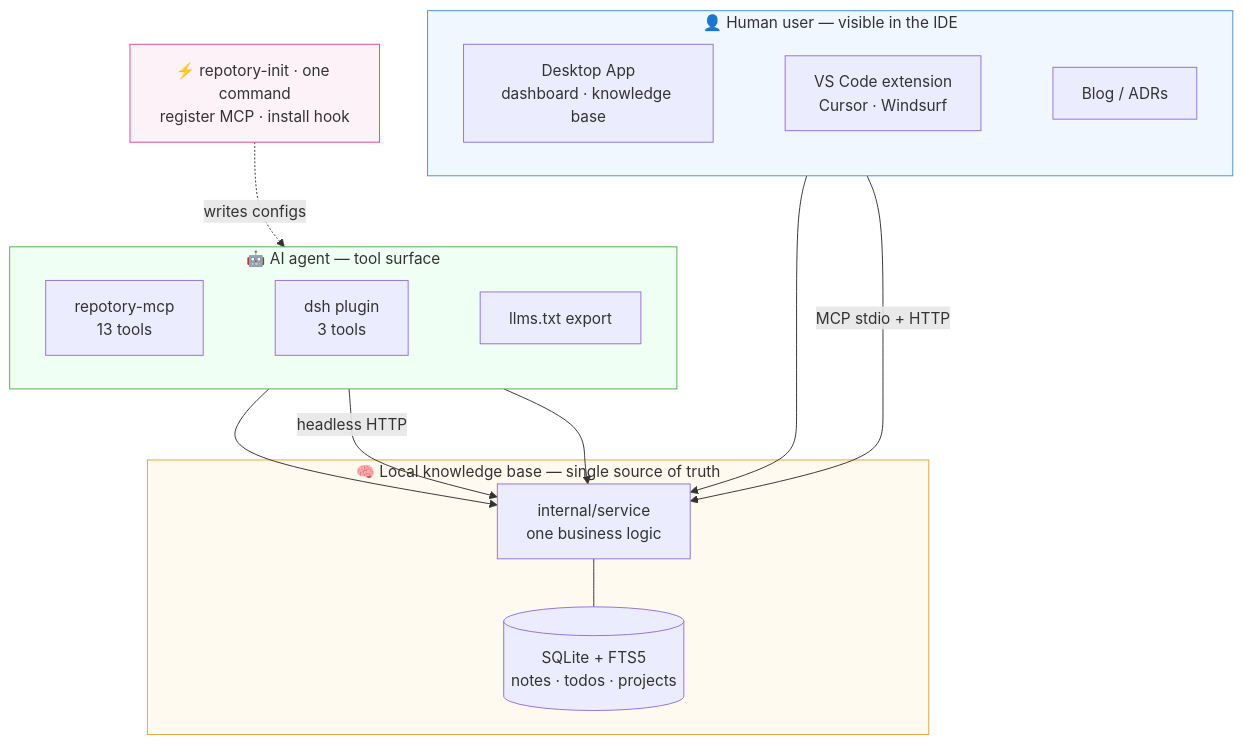
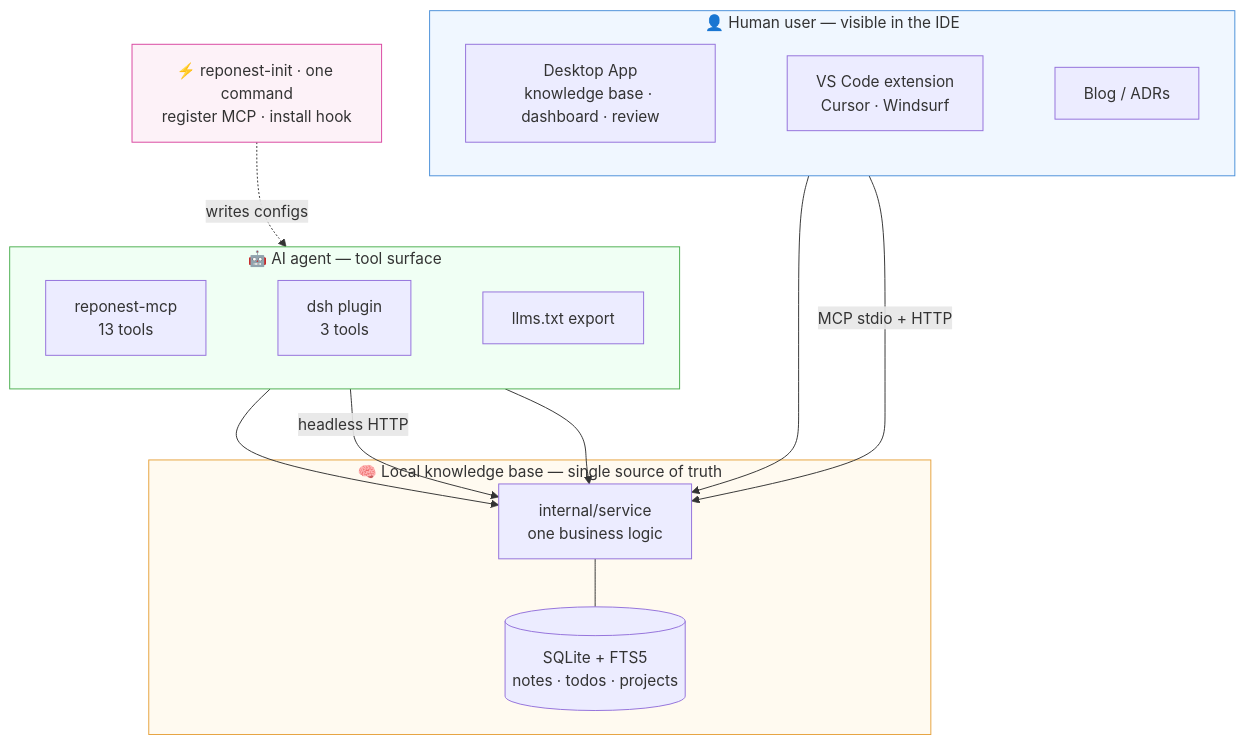
One commit to sky-jiangcheng/repo-nest changed the third of 3 diagrams in docs/en/index.md. Above: the diagram before and after it, drawn with Mermaid. The commit also changed other lines of this file and 11 other files, not shown here.

````diff
--- a/docs/en/index.md
+++ b/docs/en/index.md
@@ -70,37 +70,37 @@
 ```mermaid
 flowchart TB
     subgraph HUMAN["👤 Human user — visible in the IDE"]
         direction LR
-        DESKTOP["Desktop App<br/>dashboard · knowledge base"]
+        DESKTOP["Desktop App<br/>knowledge base · dashboard · review"]
         VSCODE["VS Code extension<br/>Cursor · Windsurf"]
         BLOG["Blog / ADRs"]
         DESKTOP ~~~ VSCODE ~~~ BLOG
     end
 
     subgraph AGENT["🤖 AI agent — tool surface"]
         direction LR
-        MCP["repotory-mcp<br/>13 tools"]
+        MCP["reponest-mcp<br/>13 tools"]
         DSH["dsh plugin<br/>3 tools"]
         LLMSTXT["llms.txt export"]
         MCP ~~~ DSH ~~~ LLMSTXT
     end
 
     subgraph CORE["🧠 Local knowledge base — single source of truth"]
         SERVICE["internal/service<br/>one business logic"] --- DB[("SQLite + FTS5<br/>notes · todos · projects")]
     end
 
     HUMAN ~~~ AGENT ~~~ CORE
     DESKTOP --> SERVICE
     VSCODE -->|"MCP stdio + HTTP"| SERVICE
     MCP --> SERVICE
     DSH -->|"headless HTTP"| SERVICE
     LLMSTXT --> SERVICE
 
-    INIT["⚡ repotory-init · one command<br/>register MCP · install hook"]
+    INIT["⚡ reponest-init · one command<br/>register MCP · install hook"]
     INIT -.->|"writes configs"| MCP
 
     style HUMAN fill:#f0f7ff,stroke:#4a90d9
     style AGENT fill:#f0fff4,stroke:#4caf50
     style CORE fill:#fffaf0,stroke:#e6a23c
     style INIT fill:#fdf2f8,stroke:#d946a0
 ```
````
